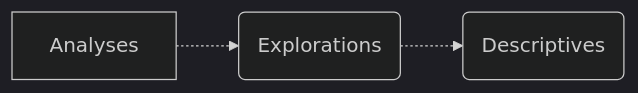
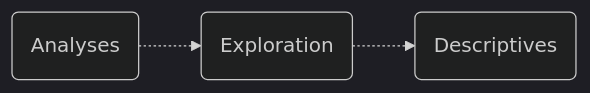
Before and after one commit to bougioukas/MedStatsJamovi: the diagram in lab2.qmd, drawn with Mermaid (dark theme). The commit also changed other lines of this file and 18 other files, not shown here.

````diff
--- a/lab2.qmd
+++ b/lab2.qmd
@@ -3,4 +43,4 @@
 ```{mermaid}
 flowchart LR
-  A[Analyses] -.-> B(Explorations) -.-> C(Descriptives)
+  A(Analyses) -.-> B(Exploration) -.-> C(Descriptives)
 ```
````
